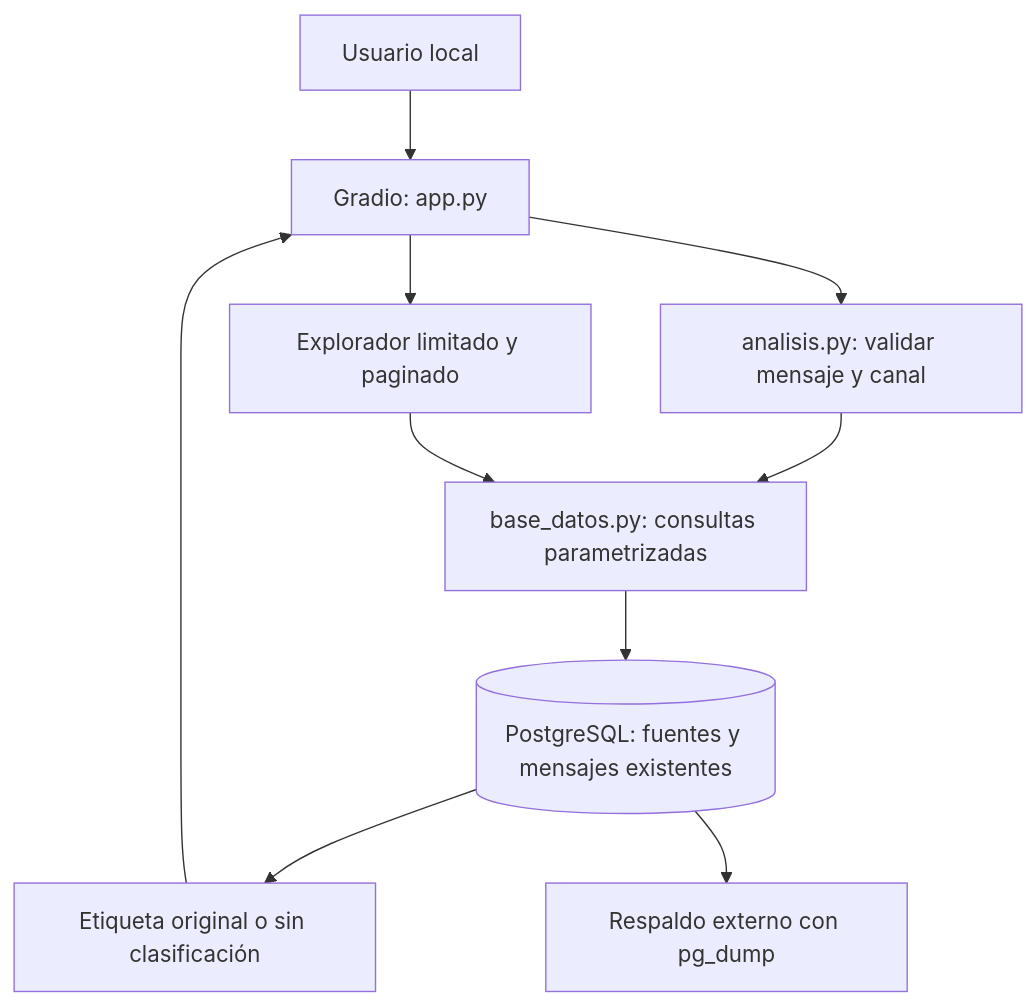
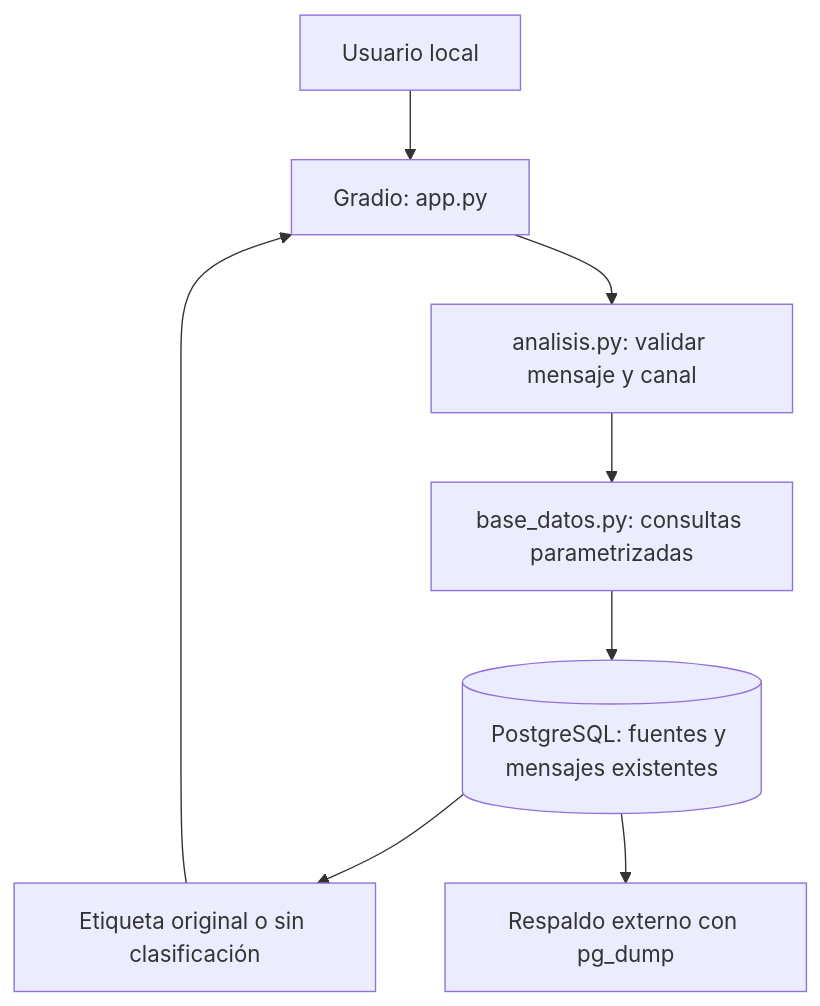
Before and after one commit to iNubixAgain/AntiSpam: the diagram in Documentacion/DOCUMENTACION.md, drawn with Mermaid. The commit also changed other lines of this file and 6 other files, not shown here.

````diff
--- a/Documentacion/DOCUMENTACION.md
+++ b/Documentacion/DOCUMENTACION.md
@@ -9,12 +9,10 @@
 ```mermaid
 flowchart TD
     U[Usuario local] --> G[Gradio: app.py]
     G --> A[analisis.py: validar mensaje y canal]
     A --> D[base_datos.py: consultas parametrizadas]
-    G --> E[Explorador limitado y paginado]
-    E --> D
     D --> P[(PostgreSQL: fuentes y mensajes existentes)]
     P --> R[Etiqueta original o sin clasificación]
     R --> G
     P --> B[Respaldo externo con pg_dump]
 ```
````
